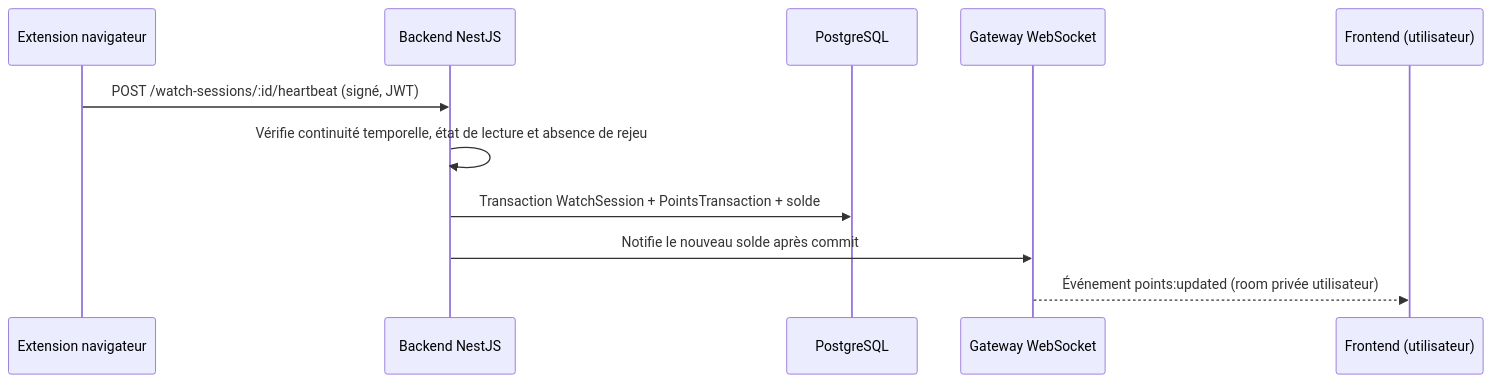
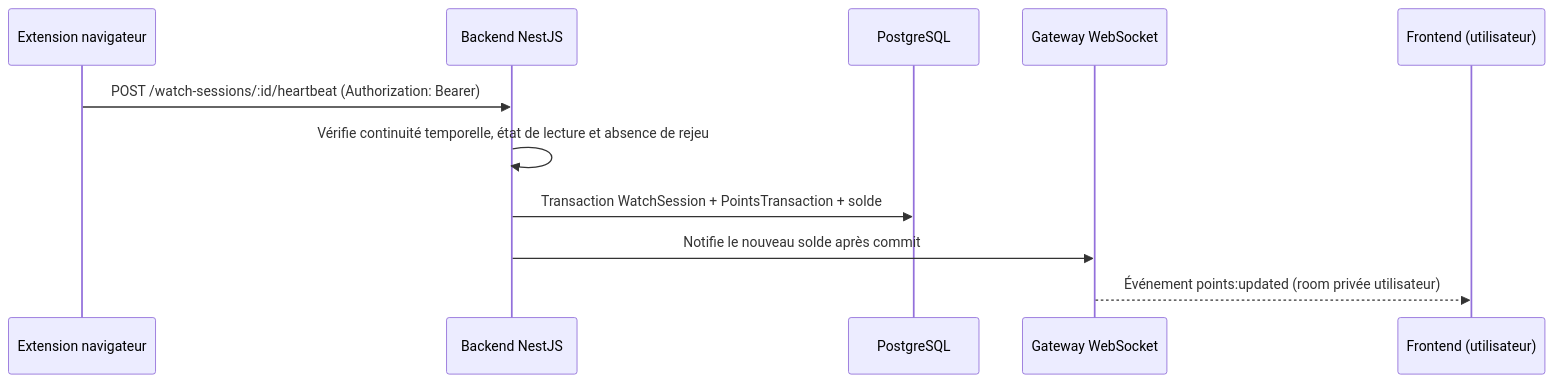
The first of 3 diagrams in docs/02-architecture.md (Krapaud-Labs/Skkup), drawn with Mermaid before and after one commit. The commit also changed other lines of this file and 5 other files, not shown here.

````diff
--- a/docs/02-architecture.md
+++ b/docs/02-architecture.md
@@ -121,14 +182,14 @@
 ```mermaid
 sequenceDiagram
     participant Ext as Extension navigateur
     participant API as Backend NestJS
     participant DB as PostgreSQL
     participant WS as Gateway WebSocket
     participant FE as Frontend (utilisateur)
 
-    Ext->>API: POST /watch-sessions/:id/heartbeat (signé, JWT)
+    Ext->>API: POST /watch-sessions/:id/heartbeat (Authorization: Bearer)
     API->>API: Vérifie continuité temporelle, état de lecture et absence de rejeu
     API->>DB: Transaction WatchSession + PointsTransaction + solde
     API->>WS: Notifie le nouveau solde après commit
     WS-->>FE: Événement points:updated (room privée utilisateur)
 ```
````
